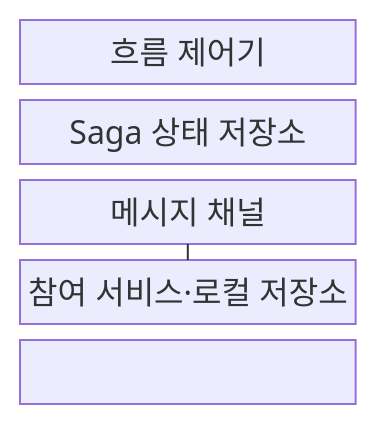
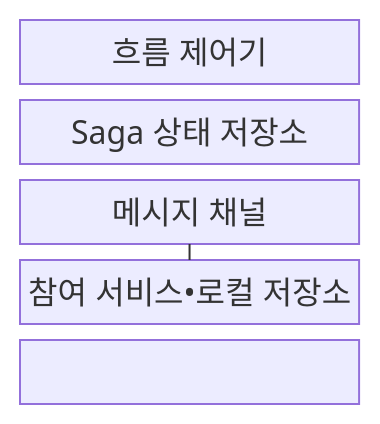
One commit to agnusdei1207/knowledge-base changed the first of 2 diagrams in src/content/docs/notes/03-software/044_saga_pattern.md. Above: the diagram before and after it, drawn with Mermaid. The commit also changed other lines of this file and 953 other files, not shown here.

````diff
--- a/src/content/docs/notes/03-software/044_saga_pattern.md
+++ b/src/content/docs/notes/03-software/044_saga_pattern.md
@@ -69,10 +69,10 @@
 ```mermaid
 block
   columns 1
   F["흐름 제어기"]
   T["Saga 상태 저장소"]
   M["메시지 채널"]
-  P["참여 서비스·로컬 저장소"]
+  P["참여 서비스•로컬 저장소"]
   F --- T --- M
   M --- P
 ```
````
